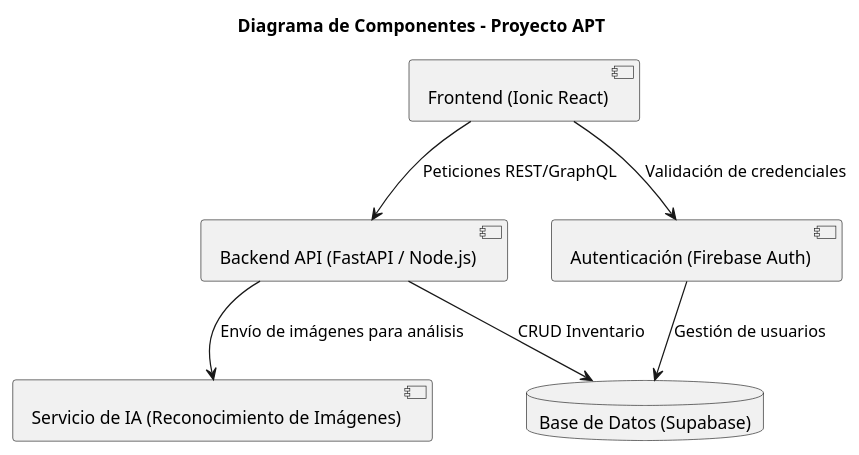
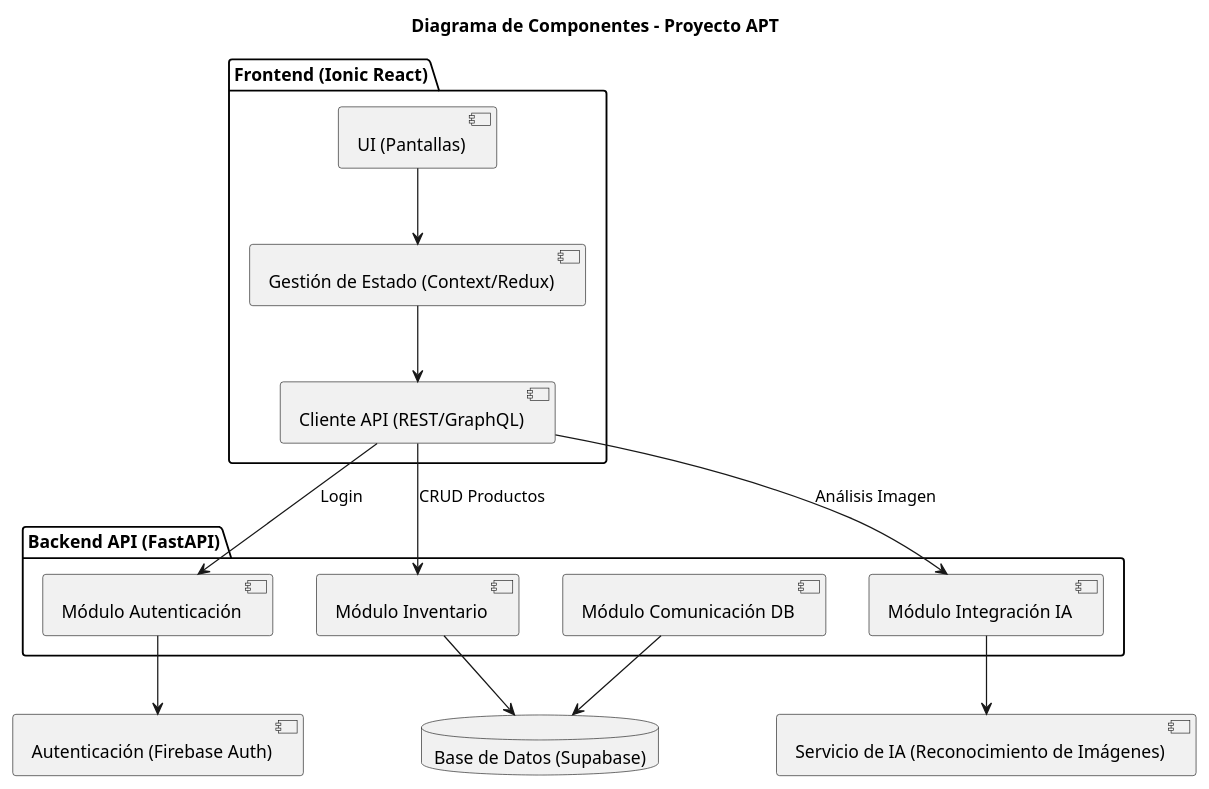
One commit to Tihare-Campusano/NEXA changed the diagram in inventario-app/docs/diagramas/Diagrama_de_componentes.puml. Above: the diagram before and after it, drawn with PlantUML. The commit also changed 3 other files, not shown here.

```diff
--- a/inventario-app/docs/diagramas/Diagrama_de_componentes.puml
+++ b/inventario-app/docs/diagramas/Diagrama_de_componentes.puml
@@ -1,16 +1,32 @@
 @startuml Diagrama_de_componentes
 title Diagrama de Componentes - Proyecto APT
 
-component "Frontend (Ionic React)" as FE
-component "Backend API (FastAPI / Node.js)" as BE
+package "Frontend (Ionic React)" {
+    component "UI (Pantallas)" as UI
+    component "Gestión de Estado (Context/Redux)" as STATE
+    component "Cliente API (REST/GraphQL)" as APIClient
+}
+
+package "Backend API (FastAPI)" {
+    component "Módulo Autenticación" as BEAuth
+    component "Módulo Inventario" as BEInv
+    component "Módulo Integración IA" as BEIA
+    component "Módulo Comunicación DB" as BEDB
+}
+
 database "Base de Datos (Supabase)" as DB
 component "Servicio de IA (Reconocimiento de Imágenes)" as IA
 component "Autenticación (Firebase Auth)" as AUTH
 
-FE --> BE : Peticiones REST/GraphQL
-BE --> DB : CRUD Inventario
-BE --> IA : Envío de imágenes para análisis
-FE --> AUTH : Validación de credenciales
-AUTH --> DB : Gestión de usuarios
+UI --> STATE
+STATE --> APIClient
+APIClient --> BEAuth : Login
+APIClient --> BEInv : CRUD Productos
+APIClient --> BEIA : Análisis Imagen
+
+BEAuth --> AUTH
+BEInv --> DB
+BEDB --> DB
+BEIA --> IA
 
 @enduml
```
